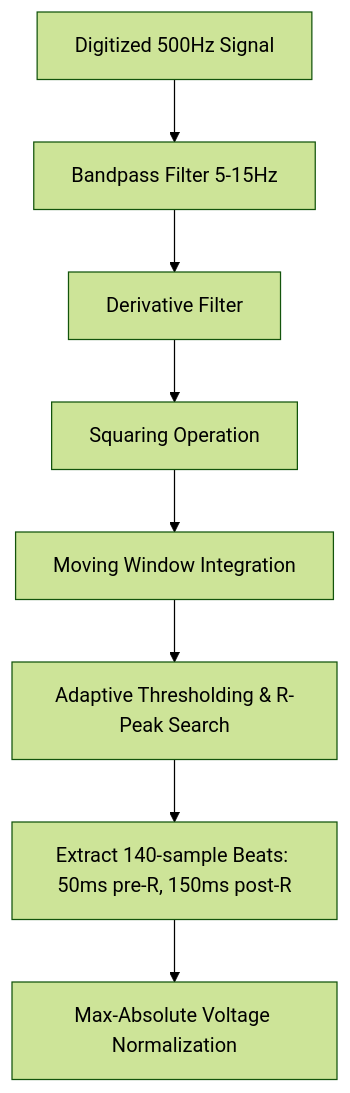
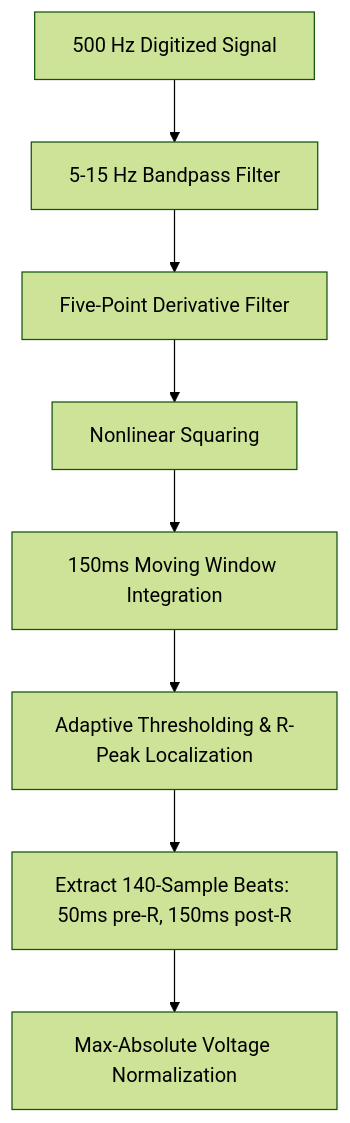
One commit to nshreyasvi/ECGLight changed the third of 4 diagrams in README.md. Above: the diagram before and after it, drawn with Mermaid (forest theme). The commit also changed other lines of this file and 18 other files, not shown here.

````diff
--- a/README.md
+++ b/README.md
@@ -284,10 +325,10 @@
 ```mermaid
 graph TD
-    A[Digitized 500Hz Signal] --> B[Bandpass Filter 5-15Hz]
-    B --> C[Derivative Filter]
-    C --> D[Squaring Operation]
-    D --> E[Moving Window Integration]
-    E --> F[Adaptive Thresholding & R-Peak Search]
-    F --> G[Extract 140-sample Beats: 50ms pre-R, 150ms post-R]
+    A[500 Hz Digitized Signal] --> B[5-15 Hz Bandpass Filter]
+    B --> C[Five-Point Derivative Filter]
+    C --> D[Nonlinear Squaring]
+    D --> E[150ms Moving Window Integration]
+    E --> F[Adaptive Thresholding & R-Peak Localization]
+    F --> G[Extract 140-Sample Beats: 50ms pre-R, 150ms post-R]
     G --> H[Max-Absolute Voltage Normalization]
 ```
````
